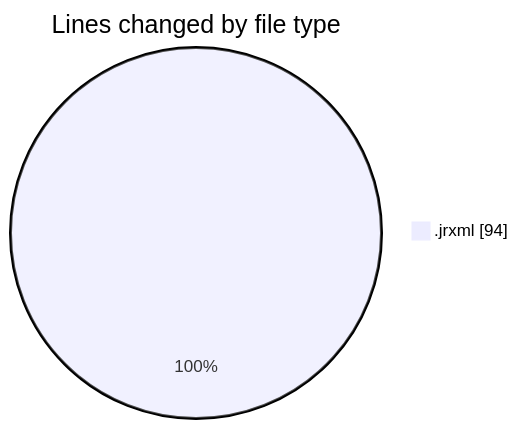
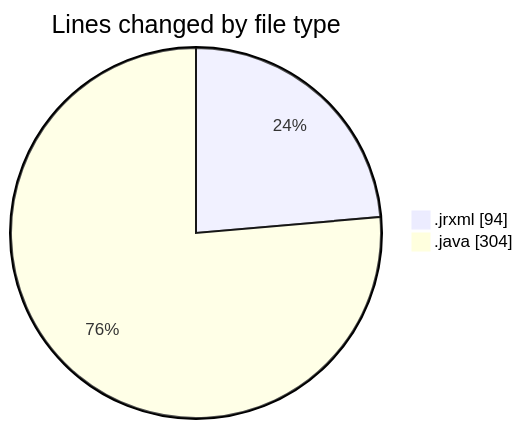
The first of 2 diagrams in 2026-11-19/cilreports__workspace_/README.md (ricardozamudiocil/code-tracking), drawn with Mermaid before and after one commit. The commit also changed other lines of this file and 1 other file, not shown here.

````diff
--- a/2026-11-19/cilreports__workspace_/README.md
+++ b/2026-11-19/cilreports__workspace_/README.md
@@ -20,5 +21,6 @@
 ```mermaid
 pie showData
 title Lines changed by file type
 ".jrxml" : 94
+".java" : 304
 ```
````
